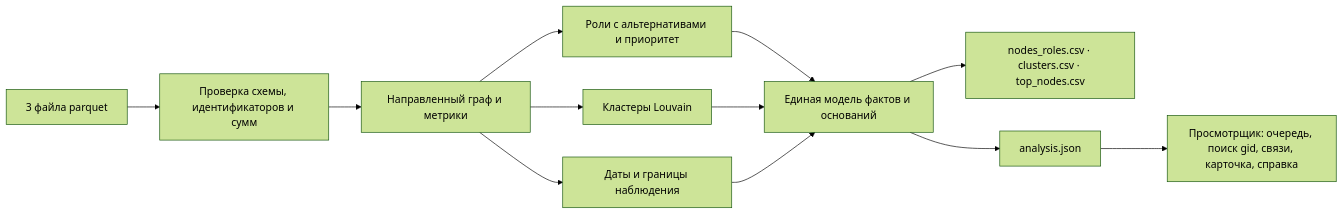
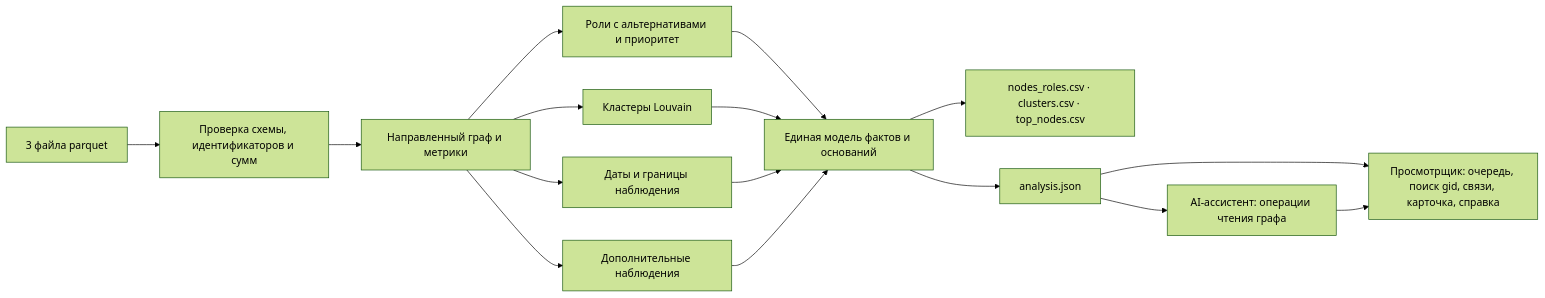
One commit to BAITC-Hacks/hack-9913a3c9-masterart-netizens changed the diagram in README.md. Above: the diagram before and after it, drawn with Mermaid (forest theme). The commit also changed other lines of this file and 3 other files, not shown here.

````diff
--- a/README.md
+++ b/README.md
@@ -122,14 +156,18 @@
 ```mermaid
 flowchart LR
     A["3 файла parquet"] --> B["Проверка схемы, идентификаторов и сумм"]
     B --> C["Направленный граф и метрики"]
     C --> D["Роли с альтернативами и приоритет"]
     C --> E["Кластеры Louvain"]
     C --> F["Даты и границы наблюдения"]
+    C --> N["Дополнительные наблюдения"]
     D --> G["Единая модель фактов и оснований"]
     E --> G
     F --> G
+    N --> G
     G --> H["nodes_roles.csv · clusters.csv · top_nodes.csv"]
     G --> I["analysis.json"]
     I --> K["Просмотрщик: очередь, поиск gid, связи, карточка, справка"]
+    I --> Q["AI-ассистент: операции чтения графа"]
+    Q --> K
 ```
````
